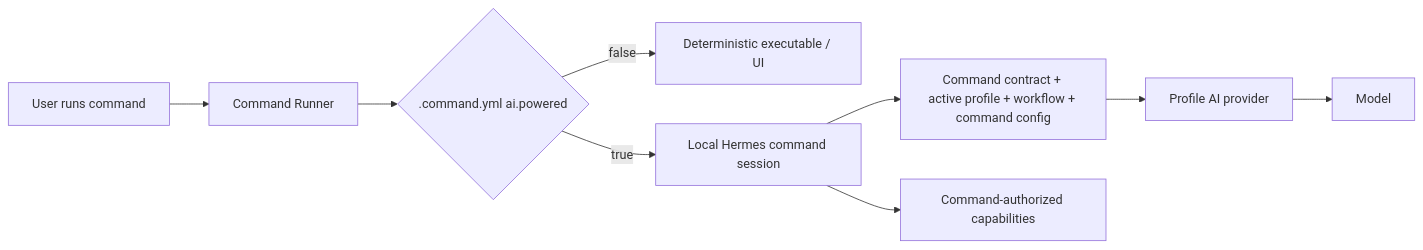
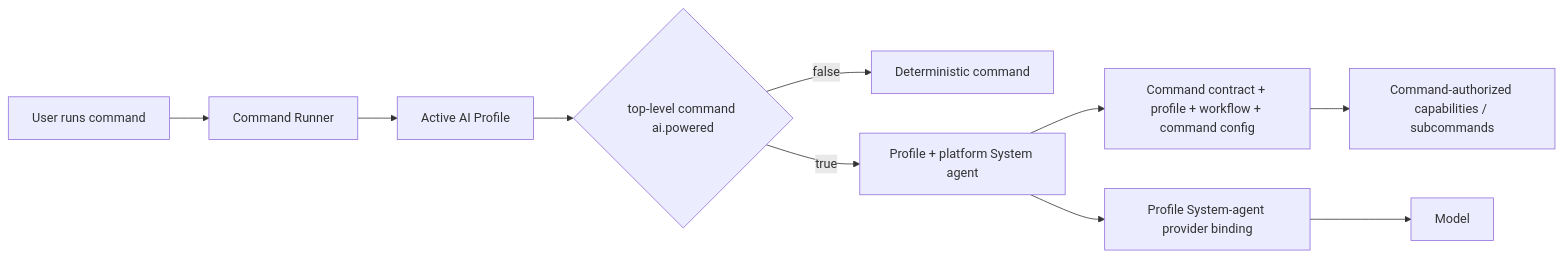
The diagram in ai-commands/commands.md (starodubtsevconsulting/ai-fleas), drawn with Mermaid before and after one commit. The commit also changed other lines of this file, not shown here.

Commit message:
Bind AI-powered commands to profile System agent

````diff
--- a/ai-commands/commands.md
+++ b/ai-commands/commands.md
@@ -47,11 +49,12 @@
 ```mermaid
 flowchart LR
   User["User runs command"] --> Runner["Command Runner"]
-  Runner --> Mode{"<command>.command.yml ai.powered"}
-  Mode -->|false| Exec["Deterministic executable / UI"]
-  Mode -->|true| Hermes["Local Hermes command session"]
-  Hermes --> Context["Command contract + active profile + workflow + command config"]
-  Context --> Provider["Profile AI provider"]
+  Runner --> Profile["Active AI Profile"]
+  Profile --> Mode{"top-level command ai.powered"}
+  Mode -->|false| Exec["Deterministic command"]
+  Mode -->|true| System["Profile + platform System agent"]
+  System --> Context["Command contract + profile + workflow + command config"]
+  Context --> Capability["Command-authorized capabilities / subcommands"]
+  System --> Provider["Profile System-agent provider binding"]
   Provider --> Model["Model"]
-  Hermes --> Capability["Command-authorized capabilities"]
 ```
````
